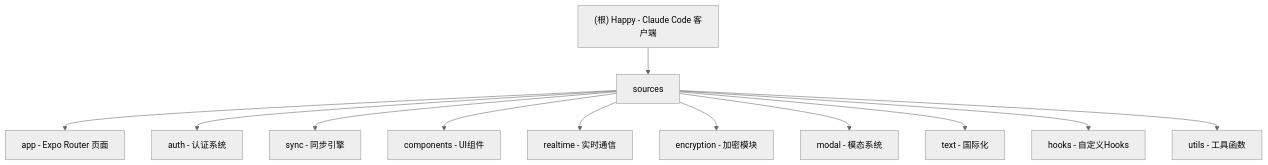
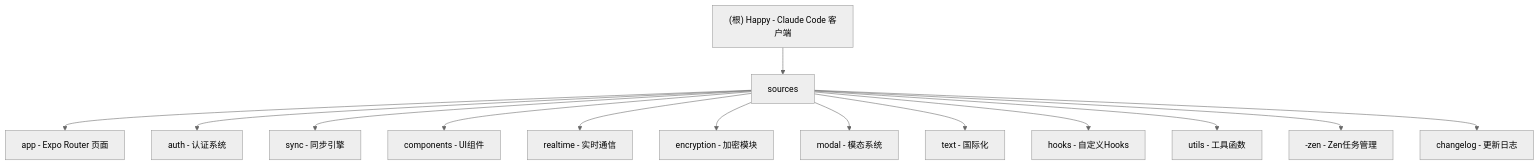
Before and after one commit to afanty2021/happy-code: the diagram in CLAUDE.md, drawn with Mermaid (neutral theme). The commit also changed other lines of this file, not shown here.

````diff
--- a/CLAUDE.md
+++ b/CLAUDE.md
@@ -41,25 +41,27 @@
 ```mermaid
 graph TD
     A["(根) Happy - Claude Code 客户端"] --> B["sources"];
     B --> C["app - Expo Router 页面"];
     B --> D["auth - 认证系统"];
     B --> E["sync - 同步引擎"];
     B --> F["components - UI组件"];
     B --> G["realtime - 实时通信"];
     B --> H["encryption - 加密模块"];
     B --> I["modal - 模态系统"];
     B --> J["text - 国际化"];
     B --> K["hooks - 自定义Hooks"];
     B --> L["utils - 工具函数"];
+    B --> M["-zen - Zen任务管理"];
+    B --> N["changelog - 更新日志"];
 
     click C "./sources/app/CLAUDE.md" "查看 app 模块文档"
     click D "./sources/auth/CLAUDE.md" "查看 auth 模块文档"
     click E "./sources/sync/CLAUDE.md" "查看 sync 模块文档"
     click F "./sources/components/CLAUDE.md" "查看 components 模块文档"
     click G "./sources/realtime/CLAUDE.md" "查看 realtime 模块文档"
     click H "./sources/encryption/CLAUDE.md" "查看 encryption 模块文档"
     click I "./sources/modal/CLAUDE.md" "查看 modal 模块文档"
     click J "./sources/text/CLAUDE.md" "查看 text 模块文档"
     click K "./sources/hooks/CLAUDE.md" "查看 hooks 模块文档"
     click L "./sources/utils/CLAUDE.md" "查看 utils 模块文档"
 ```
````
